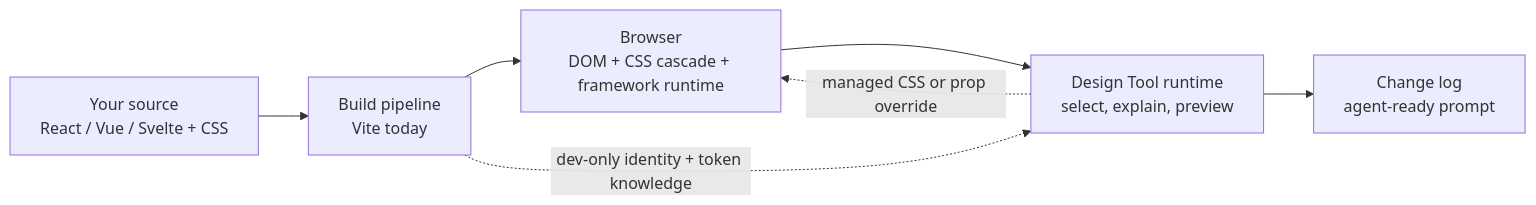
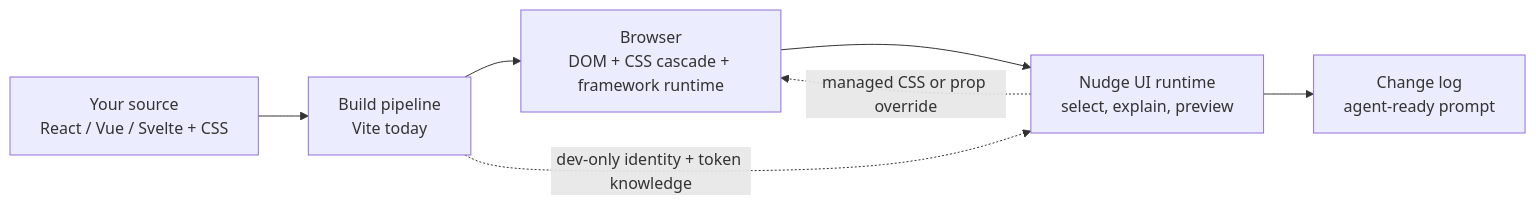
One commit to charlessmart/nudge-ui changed the first of 9 diagrams in docs/architecture/inspector-mental-model.md. Above: the diagram before and after it, drawn with Mermaid. The commit also changed other lines of this file and 341 other files, not shown here.

Commit message:
refactor: rename Design Tool to Nudge UI

````diff
--- a/docs/architecture/inspector-mental-model.md
+++ b/docs/architecture/inspector-mental-model.md
@@ -12,9 +12,9 @@
 ```mermaid
 flowchart LR
   A["Your source\nReact / Vue / Svelte + CSS"] --> B["Build pipeline\nVite today"]
   B --> C["Browser\nDOM + CSS cascade + framework runtime"]
-  C --> D["Design Tool runtime\nselect, explain, preview"]
+  C --> D["Nudge UI runtime\nselect, explain, preview"]
   D --> E["Change log\nagent-ready prompt"]
   B -. "dev-only identity + token knowledge" .-> D
   D -. "managed CSS or prop override" .-> C
 ```
````
